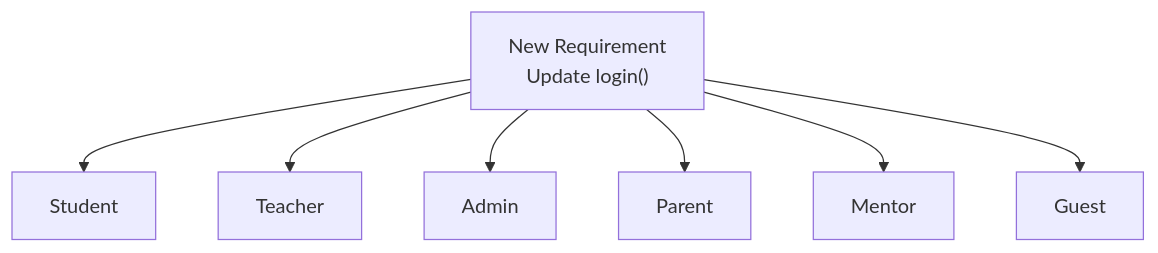
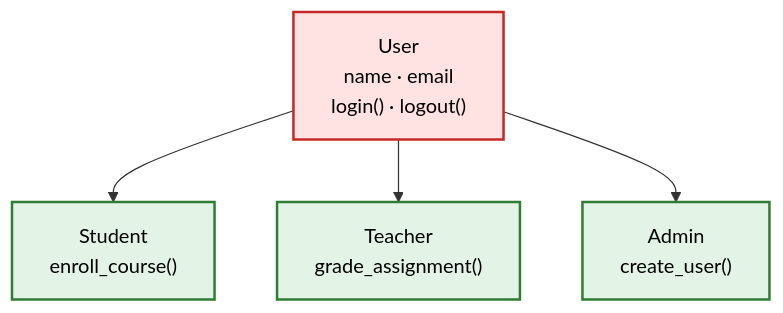
Before and after one commit to VishnuKumpati/Python-foundations: the third of 9 diagrams in modules/p4-classes-objects/unit-4-3-inheritance.md, drawn with Mermaid. The commit also changed other lines of this file, not shown here.

````diff
--- a/modules/p4-classes-objects/unit-4-3-inheritance.md
+++ b/modules/p4-classes-objects/unit-4-3-inheritance.md
@@ -97,12 +171,14 @@
 ```mermaid
 flowchart TD
 
-A["New Requirement<br/>Update login()"]
+A["User<br/>name · email<br/>login() · logout()"]
 
-A --> B[Student]
-A --> C[Teacher]
-A --> D[Admin]
-A --> E[Parent]
-A --> F[Mentor]
-A --> G[Guest]
+A --> B["Student<br/>enroll_course()"]
+A --> C["Teacher<br/>grade_assignment()"]
+A --> D["Admin<br/>create_user()"]
+
+classDef shared fill:#ffe3e3,stroke:#c62828,stroke-width:2px,color:#000
+classDef unique fill:#e3f4e6,stroke:#2e7d32,stroke-width:2px,color:#000
+class A shared
+class B,C,D unique
 ```
````
